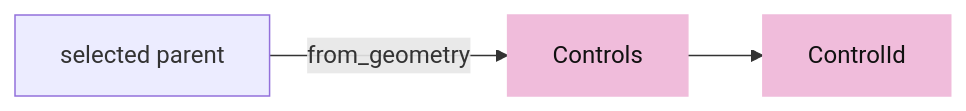
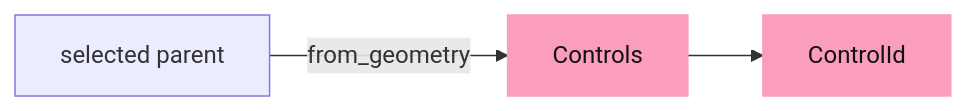
Before and after one commit to petrasvestartas/session: the third of 8 diagrams in session_viewer/docs/13-controls.md, drawn with Mermaid. The commit also changed other lines of this file and 328 other files, not shown here.

First line of the commit message:
Course: the palette you sent, and mermaid drawn like the drawings

````diff
--- a/session_viewer/docs/13-controls.md
+++ b/session_viewer/docs/13-controls.md
@@ -47,6 +47,6 @@
 ```mermaid
 flowchart LR
     P["selected parent"] -- "from_geometry" --> C["Controls"] --> I["ControlId"]
-    style C fill:#f0bcdb,stroke:#f0bcdb,color:#111
-    style I fill:#f0bcdb,stroke:#f0bcdb,color:#111
+    style C fill:#fa9ebc,stroke:#fa9ebc,color:#111
+    style I fill:#fa9ebc,stroke:#fa9ebc,color:#111
 ```
````
